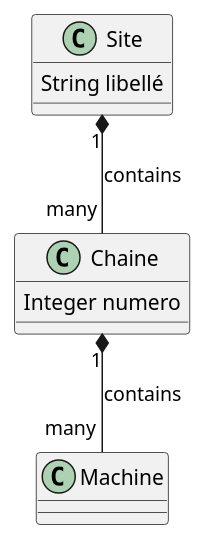
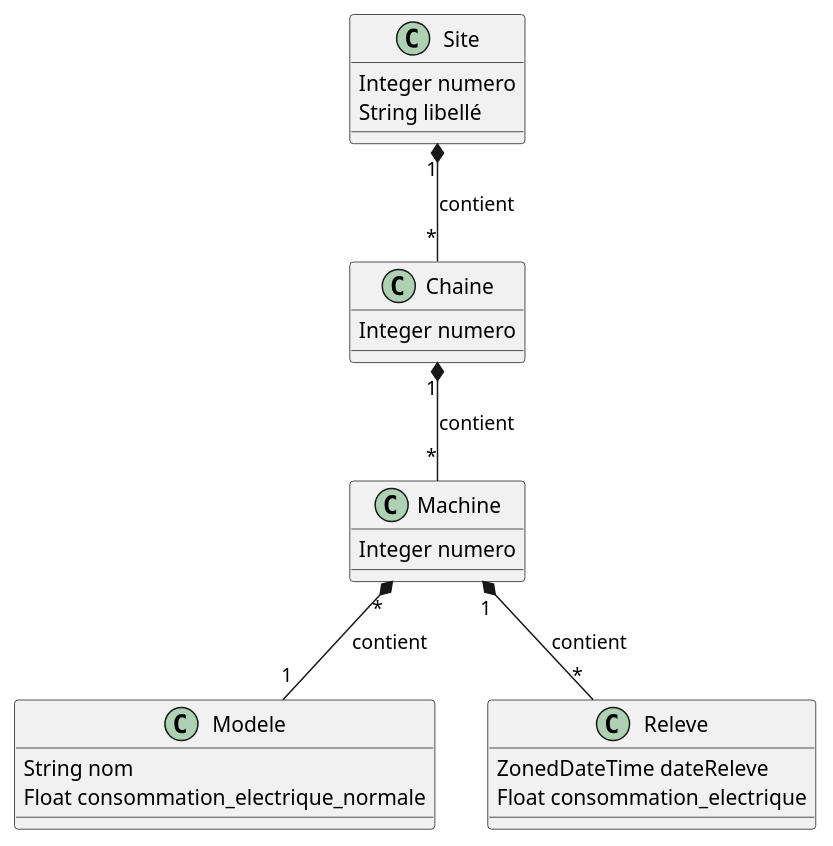
Before and after one commit to AlexGit2019/WorkshopI2: the diagram in schemas/diagramme_classes.wsd, drawn with PlantUML.

Commit message:
Ajout d'attributs et de relations

```diff
--- a/schemas/diagramme_classes.wsd
+++ b/schemas/diagramme_classes.wsd
@@ -1,12 +1,24 @@
 @startuml
 class Site {
+ Integer numero
  String libellé
 }
 class Chaine {
   Integer numero
 }
 class Machine {
+  Integer numero
 }
-Site "1" *-- "many" Chaine : contains
-Chaine "1" *-- "many" Machine: contains
+class Modele {
+    String nom
+    Float consommation_electrique_normale
+}
+class Releve {
+ ZonedDateTime dateReleve
+ Float consommation_electrique
+}
+Site "1" *-- "*" Chaine : contient
+Chaine "1" *-- "*" Machine: contient
+Machine "*" *-- "1" Modele: contient
+Machine "1" *-- "*" Releve: contient
 @enduml
```
